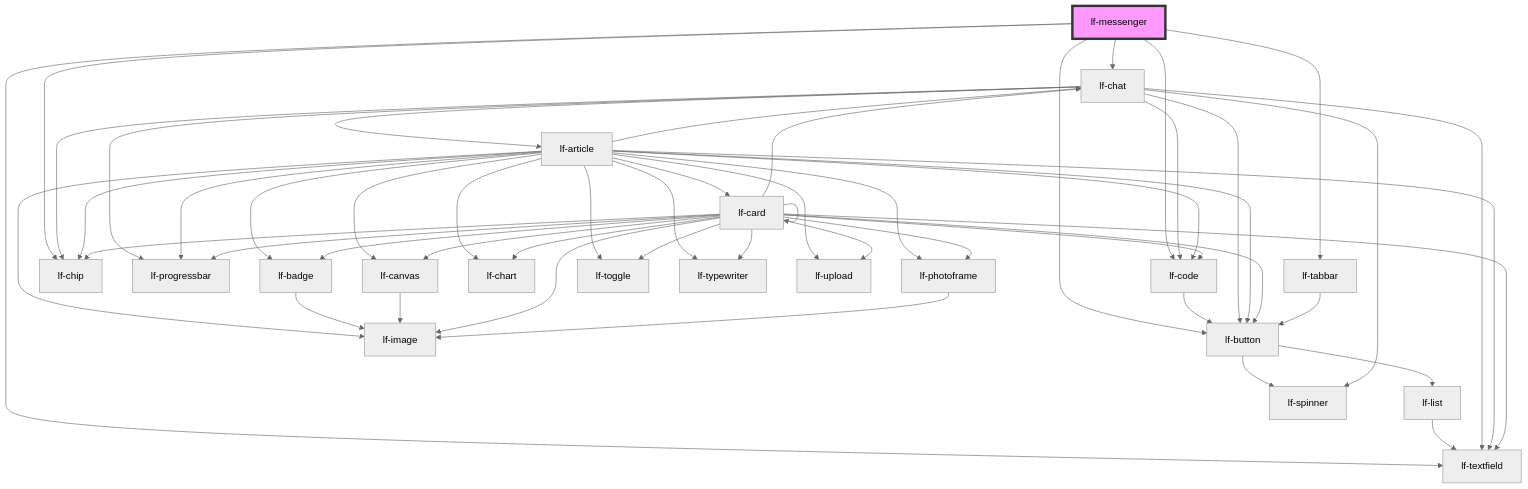
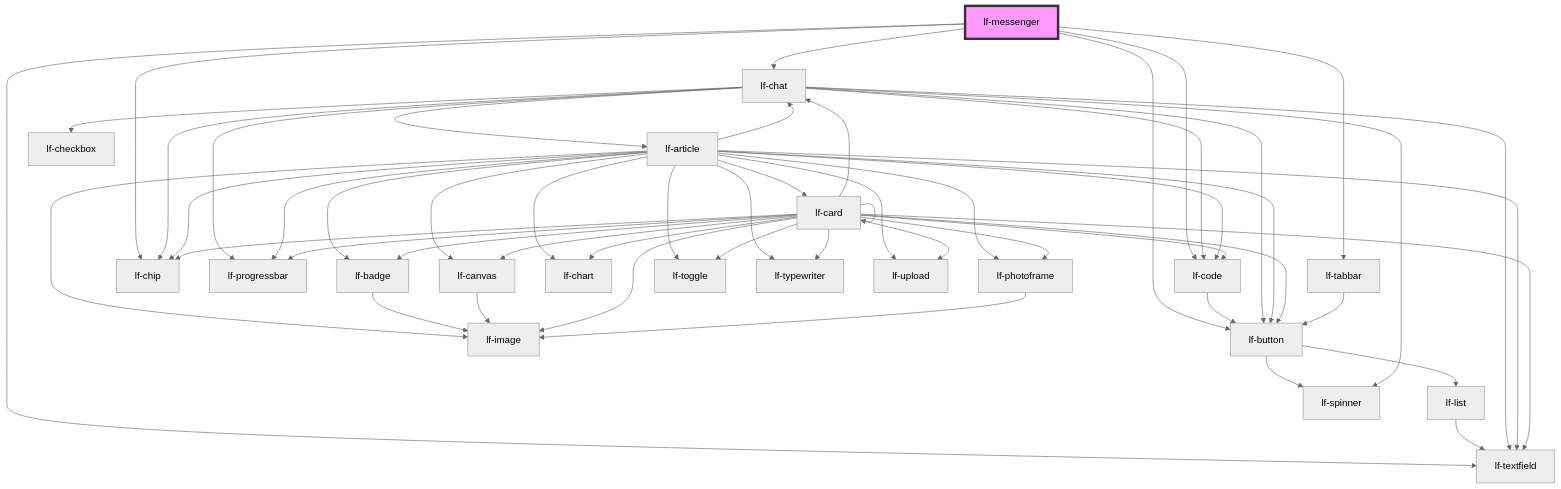
Before and after one commit to lucafoscili/lf-widgets: the diagram in packages/core/src/components/lf-messenger/readme.md, drawn with Mermaid (neutral theme). The commit also changed 33 other files, not shown here.

````diff
--- a/packages/core/src/components/lf-messenger/readme.md
+++ b/packages/core/src/components/lf-messenger/readme.md
@@ -151,55 +151,56 @@
 ```mermaid
 graph TD;
   lf-messenger --> lf-code
   lf-messenger --> lf-button
   lf-messenger --> lf-chat
   lf-messenger --> lf-tabbar
   lf-messenger --> lf-chip
   lf-messenger --> lf-textfield
   lf-code --> lf-button
   lf-button --> lf-list
   lf-button --> lf-spinner
   lf-list --> lf-textfield
   lf-chat --> lf-spinner
   lf-chat --> lf-article
   lf-chat --> lf-button
   lf-chat --> lf-chip
   lf-chat --> lf-textfield
   lf-chat --> lf-progressbar
   lf-chat --> lf-code
+  lf-chat --> lf-checkbox
   lf-article --> lf-badge
   lf-article --> lf-button
   lf-article --> lf-canvas
   lf-article --> lf-card
   lf-article --> lf-chart
   lf-article --> lf-chat
   lf-article --> lf-chip
   lf-article --> lf-code
   lf-article --> lf-image
   lf-article --> lf-photoframe
   lf-article --> lf-progressbar
   lf-article --> lf-textfield
   lf-article --> lf-toggle
   lf-article --> lf-typewriter
   lf-article --> lf-upload
   lf-badge --> lf-image
   lf-canvas --> lf-image
   lf-card --> lf-badge
   lf-card --> lf-button
   lf-card --> lf-canvas
   lf-card --> lf-card
   lf-card --> lf-chart
   lf-card --> lf-chat
   lf-card --> lf-chip
   lf-card --> lf-code
   lf-card --> lf-image
   lf-card --> lf-photoframe
   lf-card --> lf-progressbar
   lf-card --> lf-textfield
   lf-card --> lf-toggle
   lf-card --> lf-typewriter
   lf-card --> lf-upload
   lf-photoframe --> lf-image
   lf-tabbar --> lf-button
   style lf-messenger fill:#f9f,stroke:#333,stroke-width:4px
 ```
````
